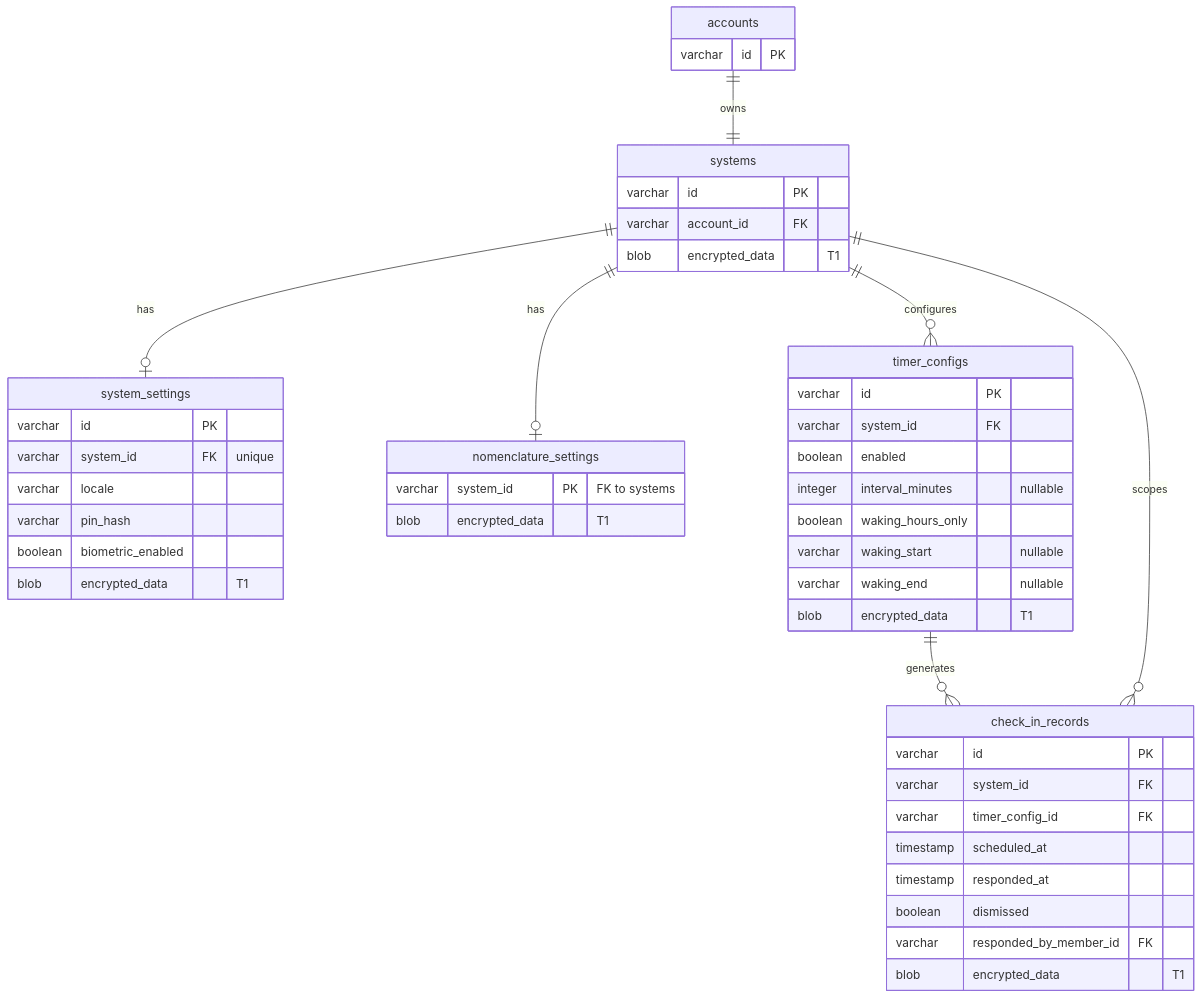
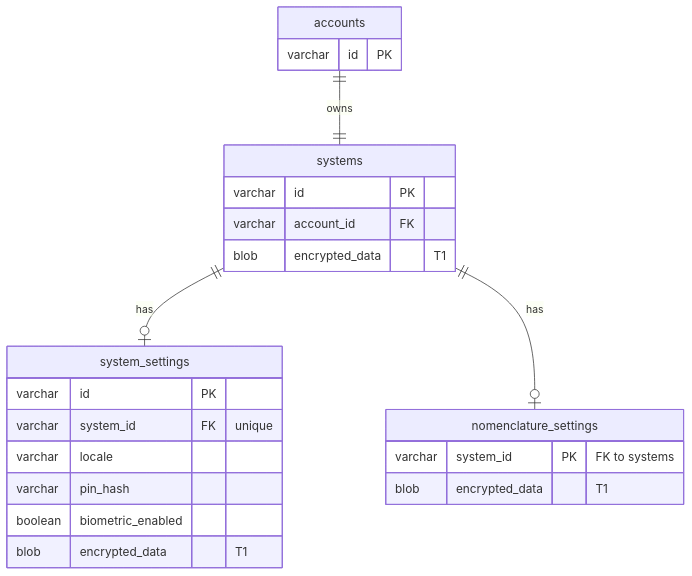
One commit to ThePrismSystem/pluralscape-mono changed the second of 22 diagrams in docs/database-schema.md. Above: the diagram before and after it, drawn with Mermaid. The commit also changed other lines of this file and 22 other files, not shown here.

````diff
--- a/docs/database-schema.md
+++ b/docs/database-schema.md
@@ -81,55 +89,30 @@
 ```mermaid
 erDiagram
     accounts {
         varchar id PK
     }
 
     systems {
         varchar id PK
         varchar account_id FK
         blob encrypted_data "T1"
     }
 
     system_settings {
         varchar id PK
         varchar system_id FK "unique"
         varchar locale
         varchar pin_hash
         boolean biometric_enabled
         blob encrypted_data "T1"
     }
 
     nomenclature_settings {
         varchar system_id PK "FK to systems"
         blob encrypted_data "T1"
     }
 
-    timer_configs {
-        varchar id PK
-        varchar system_id FK
-        boolean enabled
-        integer interval_minutes "nullable"
-        boolean waking_hours_only
-        varchar waking_start "nullable"
-        varchar waking_end "nullable"
-        blob encrypted_data "T1"
-    }
-
-    check_in_records {
-        varchar id PK
-        varchar system_id FK
-        varchar timer_config_id FK
-        timestamp scheduled_at
-        timestamp responded_at
-        boolean dismissed
-        varchar responded_by_member_id FK
-        blob encrypted_data "T1"
-    }
-
     accounts ||--|| systems : "owns"
     systems ||--o| system_settings : "has"
     systems ||--o| nomenclature_settings : "has"
-    systems ||--o{ timer_configs : "configures"
-    timer_configs ||--o{ check_in_records : "generates"
-    systems ||--o{ check_in_records : "scopes"
 ```
````
